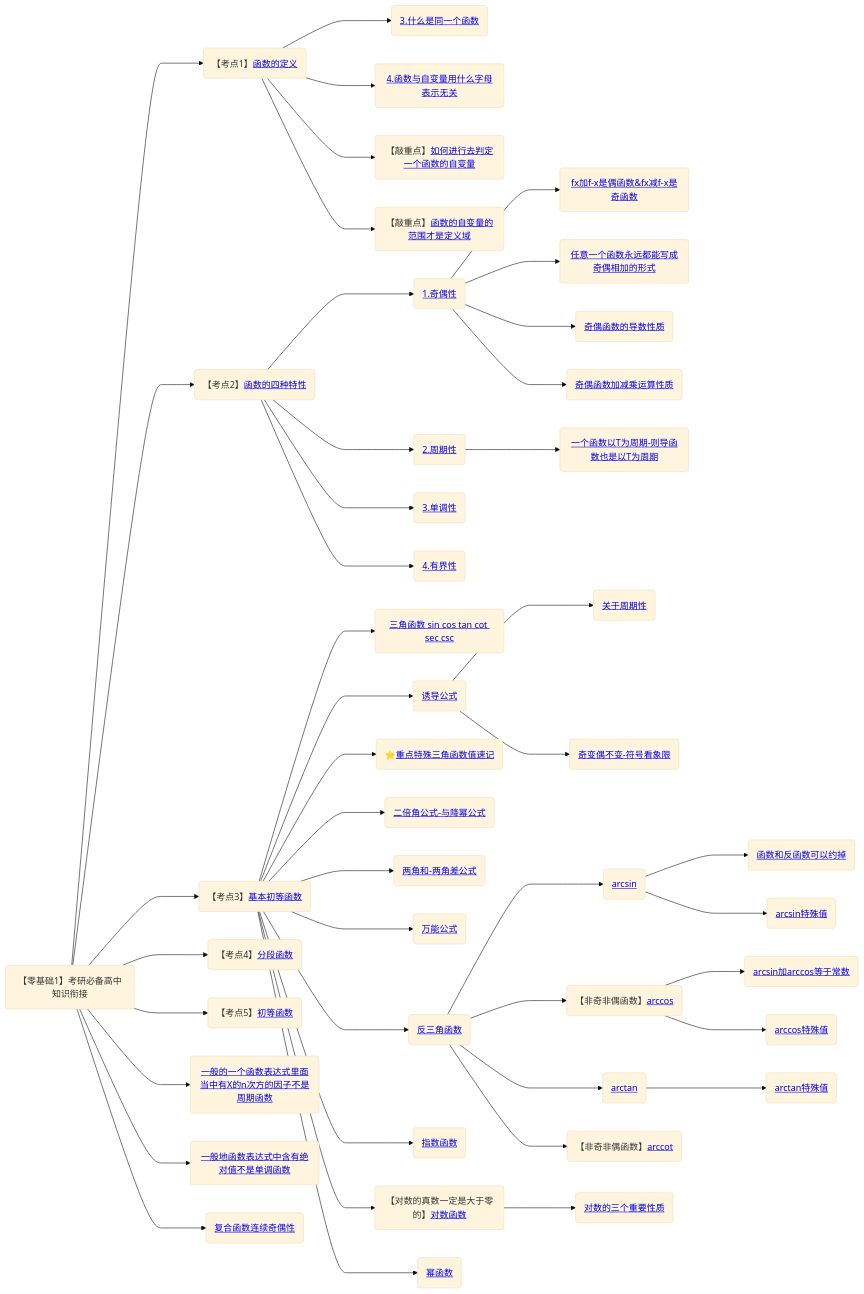
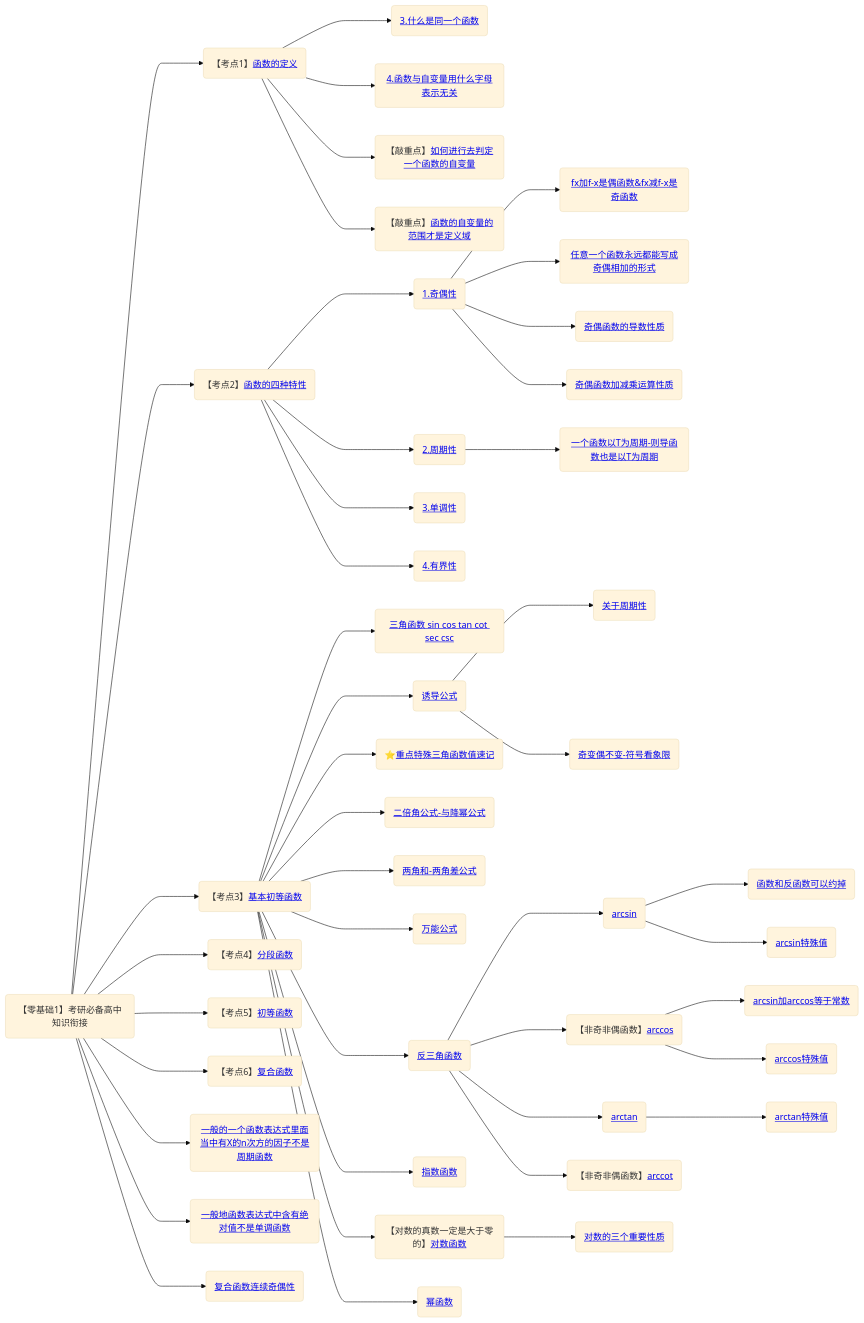
One commit to yuebinghui/note changed the second of 11 diagrams in 笔记/数学/周洋鑫/00.框架.md. Above: the diagram before and after it, drawn with Mermaid (base theme). The commit also changed 4 other files, not shown here.

````diff
--- a/笔记/数学/周洋鑫/00.框架.md
+++ b/笔记/数学/周洋鑫/00.框架.md
@@ -11,69 +11,72 @@
 ```mermaid
 graph LR
 考研必备高中知识衔接(【零基础1】考研必备高中知识衔接)
 
 考研必备高中知识衔接--->函数的定义(【考点1】<a href="/Users/yuebinghui/Documents/program/github/note/笔记/数学/周洋鑫/02.零基础核心考点精讲1-1～2-1.md#函数的定义">函数的定义</>)
 函数的定义--->3.什么是同一个函数(<a href="/Users/yuebinghui/Documents/program/github/note/笔记/数学/周洋鑫/02.零基础核心考点精讲1-1～2-1.md#3.什么是同一个函数">3.什么是同一个函数</>)
 函数的定义--->4.函数与自变量用什么字母表示无关(<a href="/Users/yuebinghui/Documents/program/github/note/笔记/数学/周洋鑫/02.零基础核心考点精讲1-1～2-1.md#4.函数与自变量用什么字母表示无关">4.函数与自变量用什么字母表示无关</>)
 函数的定义--->如何进行去判定一个函数的自变量(【敲重点】<a href="/Users/yuebinghui/Documents/program/github/note/笔记/数学/周洋鑫/02.零基础核心考点精讲1-1～2-1.md#如何进行去判定一个函数的自变量">如何进行去判定一个函数的自变量</>)
 函数的定义--->函数的自变量的范围才是定义域(【敲重点】<a href="/Users/yuebinghui/Documents/program/github/note/笔记/数学/周洋鑫/02.零基础核心考点精讲1-1～2-1.md#函数的自变量的范围才是定义域">函数的自变量的范围才是定义域</>)
 
 考研必备高中知识衔接--->函数的四种特性(【考点2】<a href="/Users/yuebinghui/Documents/program/github/note/笔记/数学/周洋鑫/02.零基础核心考点精讲1-1～2-1.md#函数的四种特性">函数的四种特性</>)
 函数的四种特性--->1.奇偶性(<a href="/Users/yuebinghui/Documents/program/github/note/笔记/数学/周洋鑫/02.零基础核心考点精讲1-1～2-1.md#1.奇偶性">1.奇偶性</>)
 1.奇偶性--->fx加f-x是偶函数&fx减f-x是奇函数(<a href="/Users/yuebinghui/Documents/program/github/note/笔记/数学/周洋鑫/02.零基础核心考点精讲1-1～2-1.md#fx加f-x是偶函数&fx减f-x是奇函数">fx加f-x是偶函数&fx减f-x是奇函数</>)
 1.奇偶性--->任意一个函数永远都能写成奇偶相加的形式(<a href="/Users/yuebinghui/Documents/program/github/note/笔记/数学/周洋鑫/02.零基础核心考点精讲1-1～2-1.md#任意一个函数永远都能写成奇偶相加的形式">任意一个函数永远都能写成奇偶相加的形式</>)
 1.奇偶性--->奇偶函数的导数性质(<a href="/Users/yuebinghui/Documents/program/github/note/笔记/数学/周洋鑫/02.零基础核心考点精讲1-1～2-1.md#奇偶函数的导数性质">奇偶函数的导数性质</>)
 1.奇偶性--->奇偶函数加减乘运算性质(<a href="/Users/yuebinghui/Documents/program/github/note/笔记/数学/周洋鑫/02.零基础核心考点精讲1-1～2-1.md#奇偶函数加减乘运算性质">奇偶函数加减乘运算性质</>)
 函数的四种特性--->2.周期性(<a href="/Users/yuebinghui/Documents/program/github/note/笔记/数学/周洋鑫/02.零基础核心考点精讲1-1～2-1.md#2.周期性 ">2.周期性 </>)
 2.周期性--->一个函数以T为周期-则导函数也是以T为周期(<a href="/Users/yuebinghui/Documents/program/github/note/笔记/数学/周洋鑫/02.零基础核心考点精讲1-1～2-1.md#一个函数以T为周期-则导函数也是以T为周期">一个函数以T为周期-则导函数也是以T为周期</>)
 函数的四种特性--->3.单调性(<a href="/Users/yuebinghui/Documents/program/github/note/笔记/数学/周洋鑫/02.零基础核心考点精讲1-1～2-1.md#3.单调性">3.单调性</>)
 函数的四种特性--->4.有界性(<a href="/Users/yuebinghui/Documents/program/github/note/笔记/数学/周洋鑫/02.零基础核心考点精讲1-1～2-1.md#4.有界性">4.有界性</>)
 
 
 
 考研必备高中知识衔接--->基本初等函数(【考点3】<a href="/Users/yuebinghui/Documents/program/github/note/笔记/数学/周洋鑫/02.零基础核心考点精讲1-1～2-1.md#基本初等函数">基本初等函数</>)
 基本初等函数--->三角函数(<a href="/Users/yuebinghui/Documents/program/github/note/笔记/数学/周洋鑫/02.零基础核心考点精讲1-1～2-1.md#三角函数">三角函数 sin cos tan cot sec csc</>)
 基本初等函数--->诱导公式(<a href="/Users/yuebinghui/Documents/program/github/note/笔记/数学/周洋鑫/02.零基础核心考点精讲1-1～2-1.md#诱导公式">诱导公式</>)
 诱导公式--->关于周期性(<a href="/Users/yuebinghui/Documents/program/github/note/笔记/数学/周洋鑫/02.零基础核心考点精讲1-1～2-1.md#关于周期性">关于周期性</>)
 诱导公式--->奇变偶不变-符号看象限(<a href="/Users/yuebinghui/Documents/program/github/note/笔记/数学/周洋鑫/02.零基础核心考点精讲1-1～2-1.md#奇变偶不变-符号看象限">奇变偶不变-符号看象限</>)
 基本初等函数--->重点特殊三角函数值速记(⭐️<a href="/Users/yuebinghui/Documents/program/github/note/笔记/数学/周洋鑫/02.零基础核心考点精讲1-1～2-1.md#重点特殊三角函数值速记">重点特殊三角函数值速记</>)
 基本初等函数--->二倍角公式-与降幂公式(<a href="/Users/yuebinghui/Documents/program/github/note/笔记/数学/周洋鑫/02.零基础核心考点精讲1-1～2-1.md#二倍角公式-与降幂公式">二倍角公式-与降幂公式</>)
 基本初等函数--->两角和-两角差公式(<a href="/Users/yuebinghui/Documents/program/github/note/笔记/数学/周洋鑫/02.零基础核心考点精讲1-1～2-1.md#两角和-两角差公式">两角和-两角差公式</>)
 基本初等函数--->万能公式(<a href="/Users/yuebinghui/Documents/program/github/note/笔记/数学/周洋鑫/02.零基础核心考点精讲1-1～2-1.md#万能公式">万能公式</>)
 基本初等函数--->反三角函数(<a href="/Users/yuebinghui/Documents/program/github/note/笔记/数学/周洋鑫/02.零基础核心考点精讲1-1～2-1.md#反三角函数">反三角函数</>)
 反三角函数--->arcsin(<a href="/Users/yuebinghui/Documents/program/github/note/笔记/数学/周洋鑫/02.零基础核心考点精讲1-1～2-1.md#arcsin">arcsin</>)
 arcsin--->函数和反函数可以约掉(<a href="/Users/yuebinghui/Documents/program/github/note/笔记/数学/周洋鑫/02.零基础核心考点精讲1-1～2-1.md#函数和反函数可以约掉">函数和反函数可以约掉</>)
 arcsin--->arcsin特殊值(<a href="/Users/yuebinghui/Documents/program/github/note/笔记/数学/周洋鑫/02.零基础核心考点精讲1-1～2-1.md#arcsin特殊值">arcsin特殊值</>)
 反三角函数--->arccos(【非奇非偶函数】<a href="/Users/yuebinghui/Documents/program/github/note/笔记/数学/周洋鑫/02.零基础核心考点精讲1-1～2-1.md#arccos">arccos</>)
 arccos--->arcsin加arccos等于常数(<a href="/Users/yuebinghui/Documents/program/github/note/笔记/数学/周洋鑫/02.零基础核心考点精讲1-1～2-1.md#arcsin加arccos等于常数">arcsin加arccos等于常数</>)
 arccos--->arccos特殊值(<a href="/Users/yuebinghui/Documents/program/github/note/笔记/数学/周洋鑫/02.零基础核心考点精讲1-1～2-1.md#arccos特殊值">arccos特殊值</>)
 反三角函数--->arctan(<a href="/Users/yuebinghui/Documents/program/github/note/笔记/数学/周洋鑫/02.零基础核心考点精讲1-1～2-1.md#arctan">arctan</>)
 arctan--->arctan特殊值(<a href="/Users/yuebinghui/Documents/program/github/note/笔记/数学/周洋鑫/02.零基础核心考点精讲1-1～2-1.md#arctan特殊值">arctan特殊值</>)
 反三角函数--->arccot(【非奇非偶函数】<a href="/Users/yuebinghui/Documents/program/github/note/笔记/数学/周洋鑫/02.零基础核心考点精讲1-1～2-1.md#arccot">arccot</>)
 
 基本初等函数--->指数函数(<a href="/Users/yuebinghui/Documents/program/github/note/笔记/数学/周洋鑫/02.零基础核心考点精讲1-1～2-1.md#指数函数">指数函数</>)
 
 基本初等函数--->对数函数(【对数的真数一定是大于零的】<a href="/Users/yuebinghui/Documents/program/github/note/笔记/数学/周洋鑫/02.零基础核心考点精讲1-1～2-1.md#对数函数">对数函数</>)
 对数函数--->对数的三个重要性质(<a href="/Users/yuebinghui/Documents/program/github/note/笔记/数学/周洋鑫/02.零基础核心考点精讲1-1～2-1.md#对数的三个重要性质">对数的三个重要性质</>)
 
 基本初等函数--->幂函数(<a href="/Users/yuebinghui/Documents/program/github/note/笔记/数学/周洋鑫/02.零基础核心考点精讲1-1～2-1.md#幂函数">幂函数</>)
 
 
 
 考研必备高中知识衔接--->分段函数(【考点4】<a href="/Users/yuebinghui/Documents/program/github/note/笔记/数学/周洋鑫/03.零基础核心考点精讲2-2～3-1.md#分段函数">分段函数</>)
 
 
 
 考研必备高中知识衔接--->初等函数(【考点5】<a href="/Users/yuebinghui/Documents/program/github/note/笔记/数学/周洋鑫/03.零基础核心考点精讲2-2～3-1.md#初等函数">初等函数</>)
 
 
+考研必备高中知识衔接--->复合函数(【考点6】<a href="/Users/yuebinghui/Documents/program/github/note/笔记/数学/周洋鑫/02.零基础核心考点精讲1-1～2-1.md#复合函数">复合函数</>)
+
+
 
 
 
 
 考研必备高中知识衔接--->一般的一个函数表达式里面当中有X的n次方的因子不是周期函数(<a href="/Users/yuebinghui/Documents/program/github/note/笔记/数学/周洋鑫/04.零基础核心考点精讲3-2.md#一般的一个函数表达式里面当中有X的n次方的因子不是周期函数">一般的一个函数表达式里面当中有X的n次方的因子不是周期函数</>)
 考研必备高中知识衔接--->一般地函数表达式中含有绝对值不是单调函数(<a href="/Users/yuebinghui/Documents/program/github/note/笔记/数学/周洋鑫/04.零基础核心考点精讲3-2.md#一般地函数表达式中含有绝对值不是单调函数">一般地函数表达式中含有绝对值不是单调函数</>)
 考研必备高中知识衔接--->复合函数连续奇偶性(<a href="/Users/yuebinghui/Documents/program/github/note/笔记/数学/周洋鑫/05.1.零基础核心考点精讲4-2.md#复合函数连续奇偶性">复合函数连续奇偶性</>)
 
 
 ```
````
